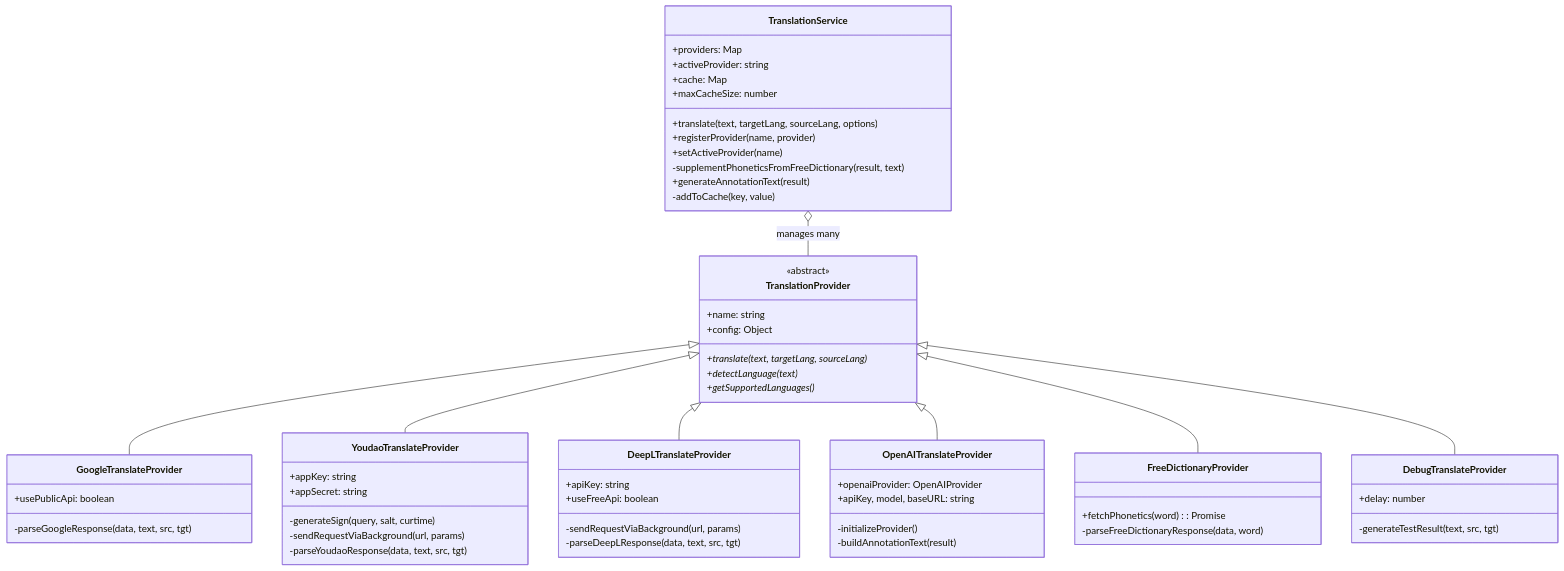
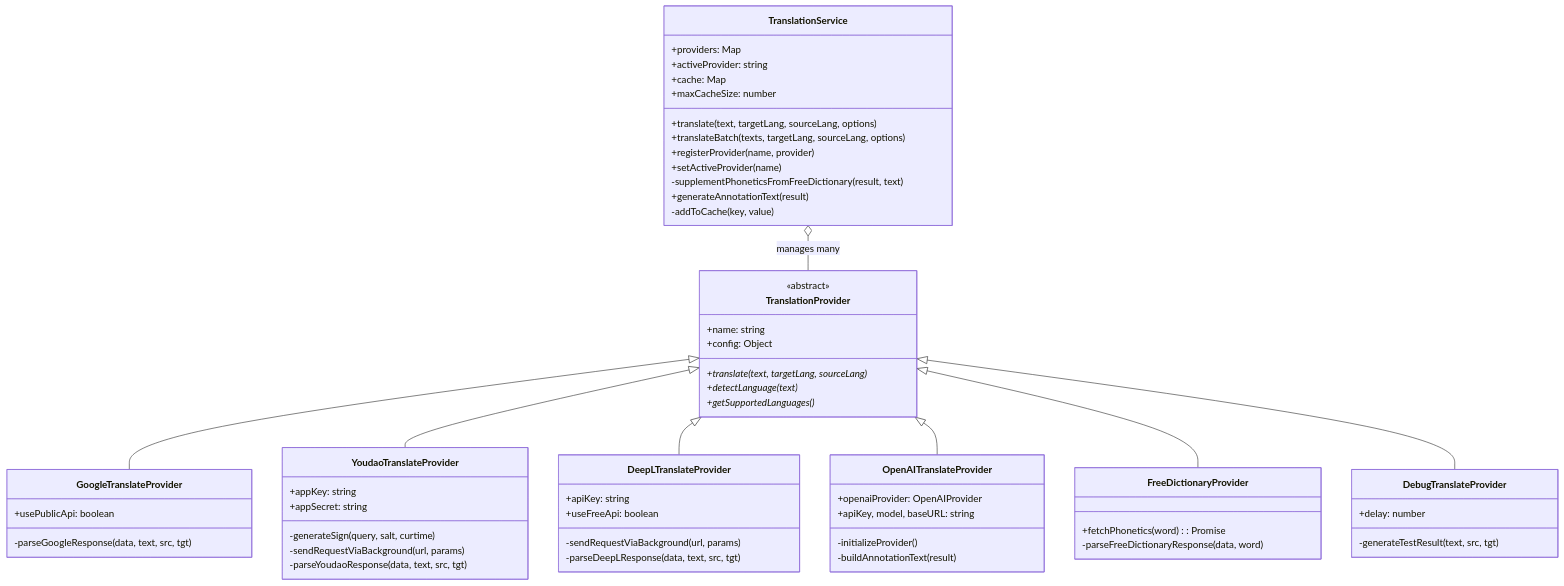
One commit to zkywalker/annotate-translate changed the diagram in docs/modules/translation-service.md. Above: the diagram before and after it, drawn with Mermaid. The commit also changed other lines of this file and 9 other files, not shown here.

````diff
--- a/docs/modules/translation-service.md
+++ b/docs/modules/translation-service.md
@@ -34,64 +34,65 @@
 ```mermaid
 classDiagram
     class TranslationProvider {
         <<abstract>>
         +name: string
         +config: Object
         +translate(text, targetLang, sourceLang)*
         +detectLanguage(text)*
         +getSupportedLanguages()*
     }
 
     class GoogleTranslateProvider {
         +usePublicApi: boolean
         -parseGoogleResponse(data, text, src, tgt)
     }
     class YoudaoTranslateProvider {
         +appKey: string
         +appSecret: string
         -generateSign(query, salt, curtime)
         -sendRequestViaBackground(url, params)
         -parseYoudaoResponse(data, text, src, tgt)
     }
     class DeepLTranslateProvider {
         +apiKey: string
         +useFreeApi: boolean
         -sendRequestViaBackground(url, params)
         -parseDeepLResponse(data, text, src, tgt)
     }
     class OpenAITranslateProvider {
         +openaiProvider: OpenAIProvider
         +apiKey, model, baseURL: string
         -initializeProvider()
         -buildAnnotationText(result)
     }
     class FreeDictionaryProvider {
         +fetchPhonetics(word): Promise
         -parseFreeDictionaryResponse(data, word)
     }
     class DebugTranslateProvider {
         +delay: number
         -generateTestResult(text, src, tgt)
     }
 
     class TranslationService {
         +providers: Map
         +activeProvider: string
         +cache: Map
         +maxCacheSize: number
         +translate(text, targetLang, sourceLang, options)
+        +translateBatch(texts, targetLang, sourceLang, options)
         +registerProvider(name, provider)
         +setActiveProvider(name)
         -supplementPhoneticsFromFreeDictionary(result, text)
         +generateAnnotationText(result)
         -addToCache(key, value)
     }
 
     TranslationProvider <|-- GoogleTranslateProvider
     TranslationProvider <|-- YoudaoTranslateProvider
     TranslationProvider <|-- DeepLTranslateProvider
     TranslationProvider <|-- OpenAITranslateProvider
     TranslationProvider <|-- FreeDictionaryProvider
     TranslationProvider <|-- DebugTranslateProvider
     TranslationService o-- TranslationProvider : manages many
 ```
````
